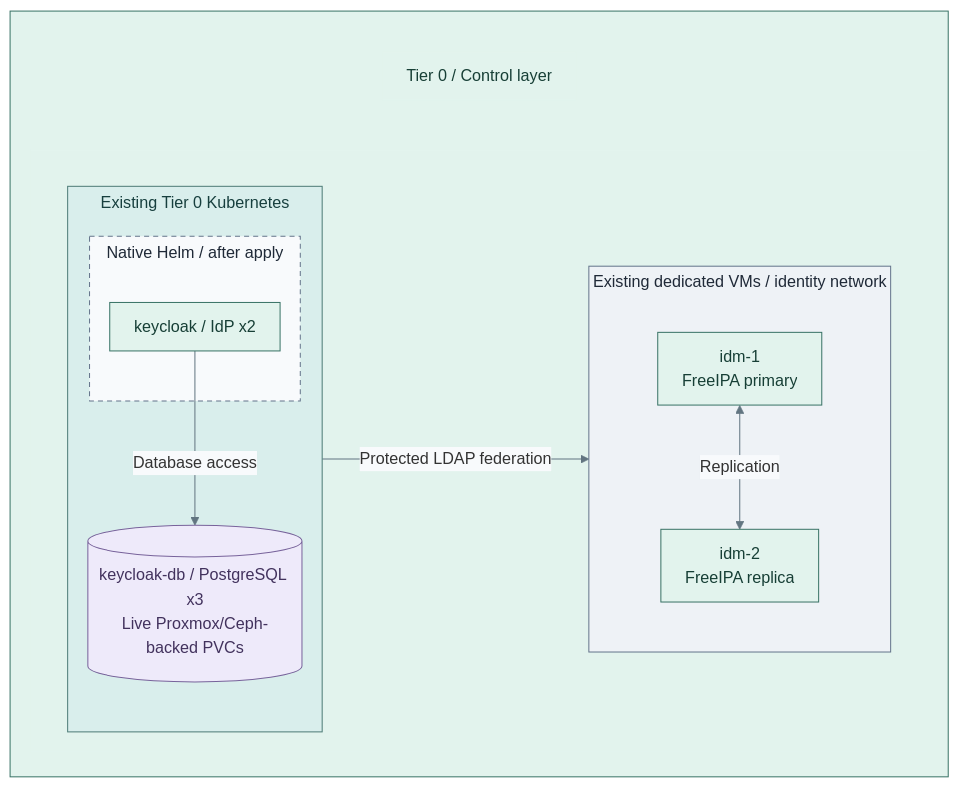
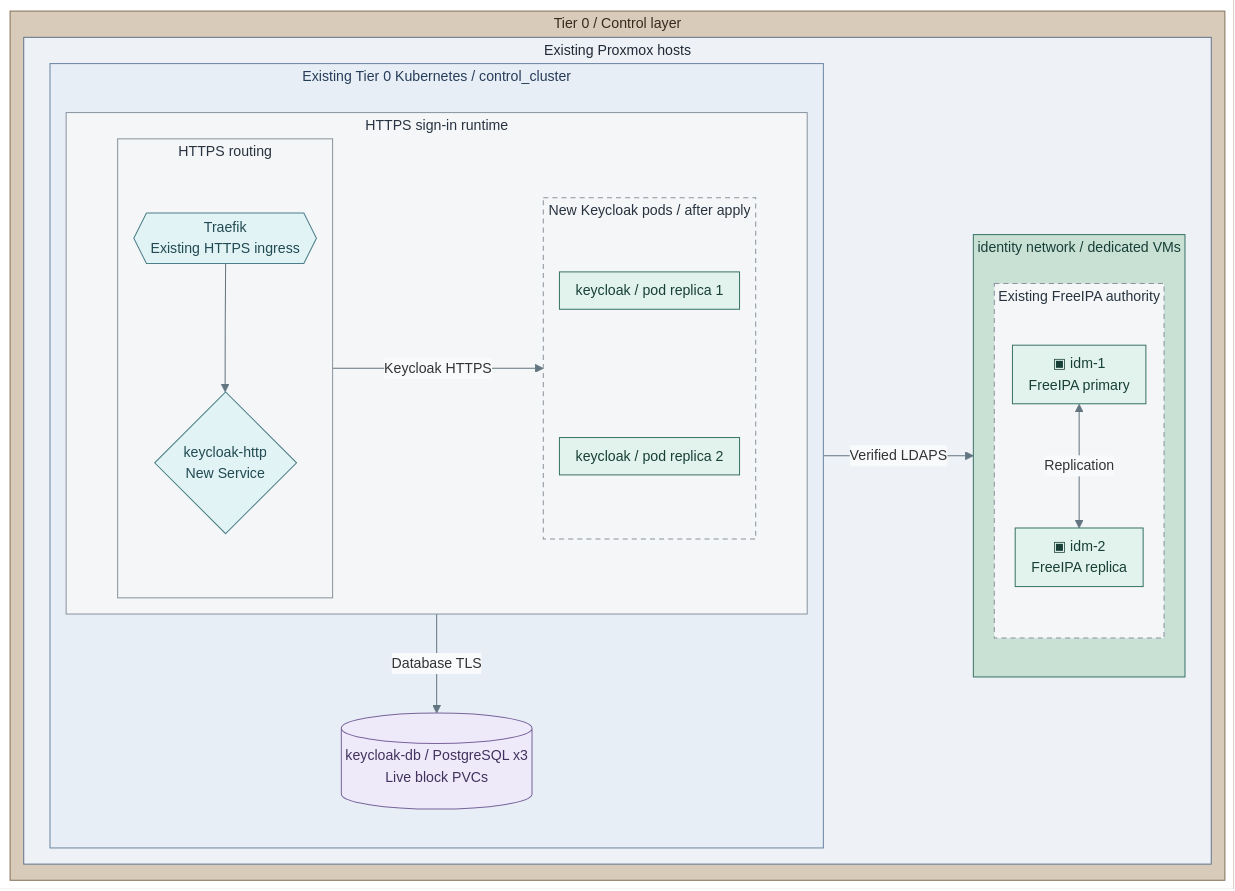
One commit to Rexus/homelab changed the second of 2 diagrams in docs/03-deployment/stage-5-identity/README.md. Above: the diagram before and after it, drawn with Mermaid. The commit also changed other lines of this file and 108 other files, not shown here.

Commit message:
docs(diagrams): unify visual language and opening views

````diff
--- a/docs/03-deployment/stage-5-identity/README.md
+++ b/docs/03-deployment/stage-5-identity/README.md
@@ -228,40 +233,62 @@
 ```mermaid
-%%{init: {"theme":"base","flowchart":{"nodeSpacing":20,"rankSpacing":24,"padding":12,"subGraphTitleMargin":{"top":4,"bottom":12}},"themeVariables":{"lineColor":"#627581","edgeLabelBackground":"#f8fafc"}}}%%
+%%{init: {"theme":"base","flowchart":{"nodeSpacing":12,"rankSpacing":2,"padding":8,"subGraphTitleMargin":{"top":2,"bottom":8}},"themeVariables":{"fontFamily":"Arial, sans-serif","fontSize":"14px","lineColor":"#627581","edgeLabelBackground":"#f8fafc"}}}%%
 flowchart TB
-  subgraph T0[" "]
-    direction TB
-    T0Title["Tier 0 / Control layer"]
-    subgraph Placement[" "]
+  subgraph T0["Tier 0 / Control layer"]
+    direction LR
+    subgraph PVE["Existing Proxmox hosts"]
       direction LR
-      subgraph Cluster["Existing Tier 0 Kubernetes"]
+      subgraph Cluster["Existing Tier 0 Kubernetes / control_cluster"]
         direction TB
-        subgraph Added["Native Helm / after apply"]
-          Keycloak["keycloak / IdP x2"]
+        subgraph Auth["HTTPS sign-in runtime"]
+          direction LR
+          subgraph Access["HTTPS routing"]
+            direction TB
+            Ingress{{"Traefik<br/>Existing HTTPS ingress"}}
+            Service{"keycloak-http<br/>New Service"}
+            Ingress --> Service
+          end
+          subgraph Added["New Keycloak pods / after apply"]
+            direction TB
+            Keycloak1["keycloak / pod replica 1"]
+            Keycloak2["keycloak / pod replica 2"]
+            Keycloak1 ~~~ Keycloak2
+          end
+          Access -->|Keycloak HTTPS| Added
         end
-        Data[("keycloak-db / PostgreSQL x3<br/>Live Proxmox/Ceph-backed PVCs")]
-        Keycloak -->|Database access| Data
+        Data[("keycloak-db / PostgreSQL x3<br/>Live block PVCs")]
+        Auth -->|Database TLS| Data
       end
-      subgraph Identity["Existing dedicated VMs / identity network"]
+      subgraph Identity["identity network / dedicated VMs"]
         direction TB
-        Primary["idm-1<br/>FreeIPA primary"]
-        Replica["idm-2<br/>FreeIPA replica"]
-        Primary <-->|Replication| Replica
+        subgraph DirectoryPair["Existing FreeIPA authority"]
+          direction TB
+          Primary["▣ idm-1<br/>FreeIPA primary"]
+          Replica["▣ idm-2<br/>FreeIPA replica"]
+          Primary <-->|Replication| Replica
+        end
       end
-      Cluster -->|Protected LDAP federation| Identity
+      Cluster -->|Verified LDAPS| Identity
     end
-    T0Title ~~~ Placement
   end
   classDef default fill:#f8fafc,stroke:#64748b,color:#1f2937
+  classDef boundary fill:#eef2f6,stroke:#64748b,color:#1f2937
   classDef control fill:#e2f3ed,stroke:#397366,color:#173f36
   classDef controlHeading fill:#e2f3ed,stroke:#e2f3ed,color:#173f36
   classDef runtime fill:#d9eeec,stroke:#4d7b77,color:#173f3e
-  classDef boundary fill:#eef2f6,stroke:#64748b,color:#1f2937
   classDef data fill:#eeeafa,stroke:#78639b,color:#42325d
-  classDef replicas fill:#f8fafc,stroke:#64748b,color:#1f2937,stroke-dasharray:5 4
-  class T0,Keycloak,Primary,Replica control
-  class T0Title,Placement controlHeading
-  class Cluster runtime
-  class Identity boundary
+  classDef replicas fill:#f5f6f7,stroke:#89939e,color:#273340,stroke-dasharray:5 4
+  class Keycloak1,Keycloak2,Primary,Replica control
+  class PVE boundary
   class Data data
-  class Added replicas
+  class Added,DirectoryPair replicas
+  classDef group fill:#f5f6f7,stroke:#89939e,color:#273340
+  class Access,Auth group
+  classDef kubernetes fill:#e8eef6,stroke:#6b83a3,color:#263d59
+  class Cluster kubernetes
+  classDef traffic fill:#e1f3f5,stroke:#4c7f88,color:#214a52
+  class Ingress,Service traffic
+  classDef tier0 fill:#d8cbb9,stroke:#83715a,color:#352a1e
+  class T0 tier0
+  classDef zoneControl fill:#c9e0d5,stroke:#397366,color:#173f36
+  class Identity zoneControl
 ```
````
